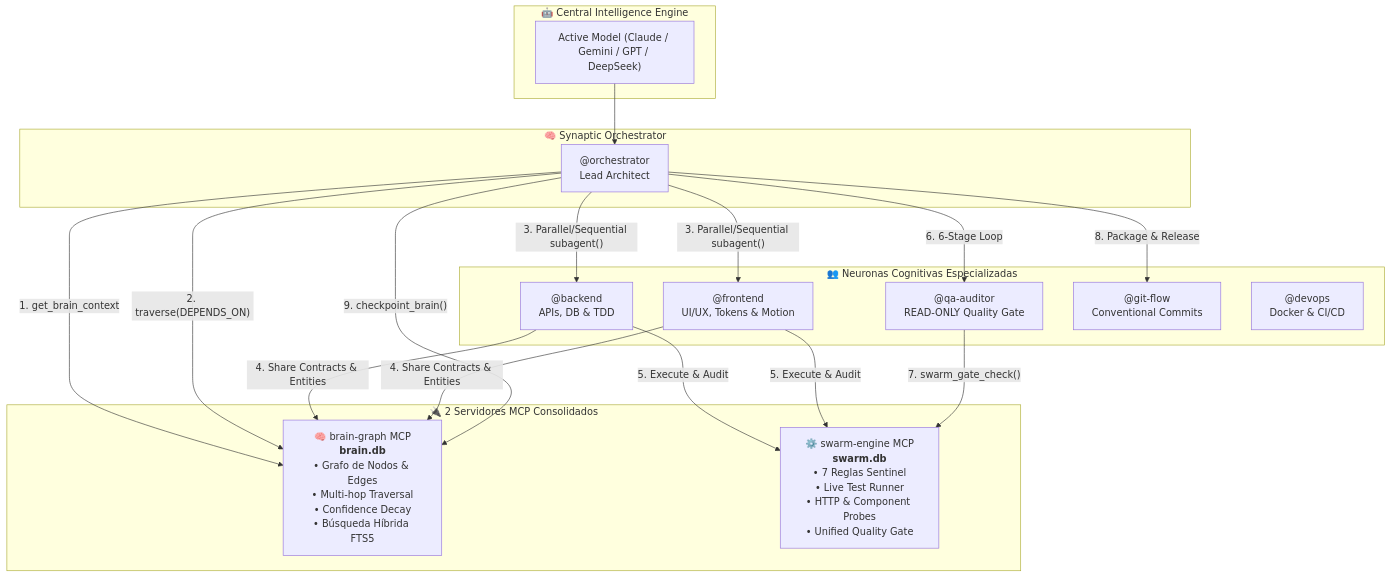
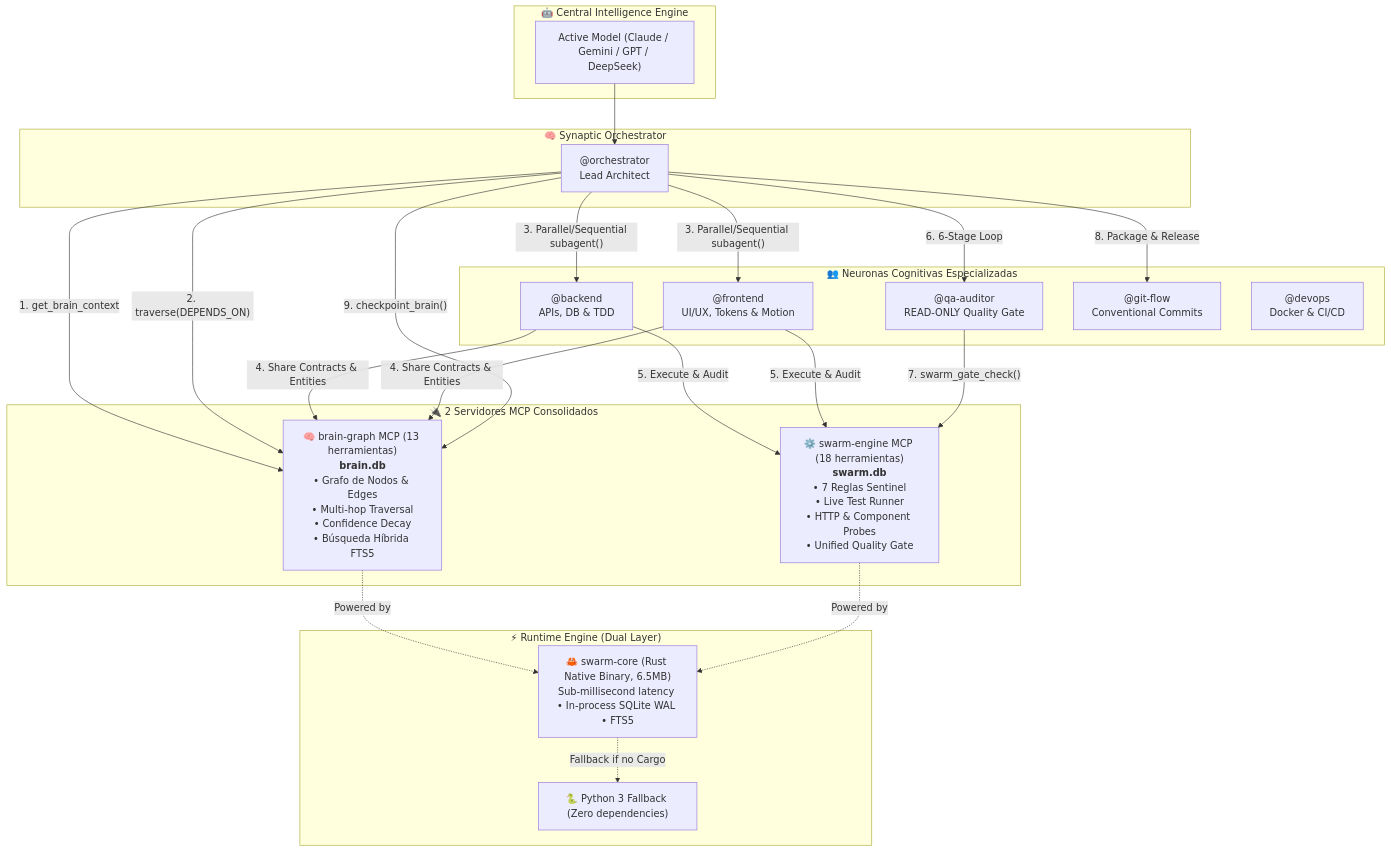
The first of 2 diagrams in README.md (anthra123x/OpenCode-Neural-Swarm-Architecture), drawn with Mermaid before and after one commit. The commit also changed other lines of this file and 2 other files, not shown here.

Commit message:
docs: add MIT license under anthra123x and update v2 Rust core architecture documentation

````diff
--- a/README.md
+++ b/README.md
@@ -25,34 +29,41 @@
 ```mermaid
 graph TB
     subgraph Core["🤖 Central Intelligence Engine"]
         LLM["Active Model (Claude / Gemini / GPT / DeepSeek)"]
     end
 
     subgraph Orchestration["🧠 Synaptic Orchestrator"]
         ORC["@orchestrator<br/>Lead Architect"]
     end
 
     subgraph Neurons["👥 Neuronas Cognitivas Especializadas"]
         BE["@backend<br/>APIs, DB & TDD"]
         FE["@frontend<br/>UI/UX, Tokens & Motion"]
         QA["@qa-auditor<br/>READ-ONLY Quality Gate"]
         GIT["@git-flow<br/>Conventional Commits"]
         OPS["@devops<br/>Docker & CI/CD"]
     end
 
+    subgraph RuntimeEngine["⚡ Runtime Engine (Dual Layer)"]
+        RUST["🦀 swarm-core (Rust Native Binary, 6.5MB)<br/>Sub-millisecond latency • In-process SQLite WAL • FTS5"]
+        PY["🐍 Python 3 Fallback (Zero dependencies)"]
+    end
+
     subgraph MCPServers["🔌 2 Servidores MCP Consolidados"]
-        BG["🧠 brain-graph MCP<br/><b>brain.db</b><br/>• Grafo de Nodos & Edges<br/>• Multi-hop Traversal<br/>• Confidence Decay<br/>• Búsqueda Híbrida FTS5"]
-        SE["⚙️ swarm-engine MCP<br/><b>swarm.db</b><br/>• 7 Reglas Sentinel<br/>• Live Test Runner<br/>• HTTP & Component Probes<br/>• Unified Quality Gate"]
+        BG["🧠 brain-graph MCP (13 herramientas)<br/><b>brain.db</b><br/>• Grafo de Nodos & Edges<br/>• Multi-hop Traversal<br/>• Confidence Decay<br/>• Búsqueda Híbrida FTS5"]
+        SE["⚙️ swarm-engine MCP (18 herramientas)<br/><b>swarm.db</b><br/>• 7 Reglas Sentinel<br/>• Live Test Runner<br/>• HTTP & Component Probes<br/>• Unified Quality Gate"]
     end
 
     LLM --> ORC
     ORC -->|"1. get_brain_context"| BG
     ORC -->|"2. traverse(DEPENDS_ON)"| BG
     ORC -->|"3. Parallel/Sequential subagent()"| BE & FE
     BE & FE -->|"4. Share Contracts & Entities"| BG
     BE & FE -->|"5. Execute & Audit"| SE
     ORC -->|"6. 6-Stage Loop"| QA
     QA -->|"7. swarm_gate_check()"| SE
     ORC -->|"8. Package & Release"| GIT
     ORC -->|"9. checkpoint_brain()"| BG
+    BG & SE -.->|Powered by| RUST
+    RUST -.->|Fallback if no Cargo| PY
 ```
````
